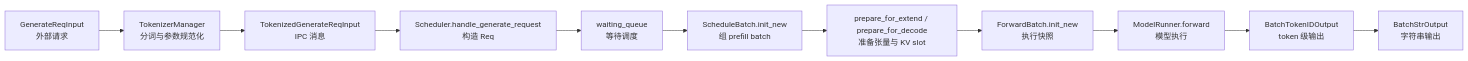
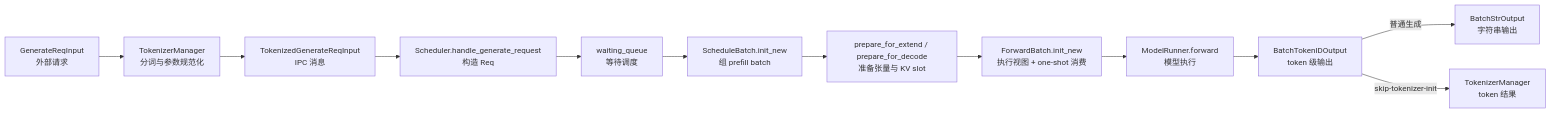
Before and after one commit to OnlyHero5/sglang-reading-vault: the diagram in sglang_reading/请求调度/ScheduleBatch数据结构/SGLang-ScheduleBatch数据结构-源码走读.md, drawn with Mermaid. The commit also changed other lines of this file and 512 other files, not shown here.

````diff
--- a/sglang_reading/请求调度/ScheduleBatch数据结构/SGLang-ScheduleBatch数据结构-源码走读.md
+++ b/sglang_reading/请求调度/ScheduleBatch数据结构/SGLang-ScheduleBatch数据结构-源码走读.md
@@ -40,16 +40,19 @@
 ```mermaid
 flowchart LR
     A["GenerateReqInput<br/>外部请求"]
     B["TokenizerManager<br/>分词与参数规范化"]
     C["TokenizedGenerateReqInput<br/>IPC 消息"]
     D["Scheduler.handle_generate_request<br/>构造 Req"]
     E["waiting_queue<br/>等待调度"]
     F["ScheduleBatch.init_new<br/>组 prefill batch"]
     G["prepare_for_extend / prepare_for_decode<br/>准备张量与 KV slot"]
-    H["ForwardBatch.init_new<br/>执行快照"]
+    H["ForwardBatch.init_new<br/>执行视图 + one-shot 消费"]
     I["ModelRunner.forward<br/>模型执行"]
     J["BatchTokenIDOutput<br/>token 级输出"]
     K["BatchStrOutput<br/>字符串输出"]
+    L["TokenizerManager<br/>token 结果"]
 
-    A --> B --> C --> D --> E --> F --> G --> H --> I --> J --> K
+    A --> B --> C --> D --> E --> F --> G --> H --> I --> J
+    J -->|"普通生成"| K
+    J -->|"skip-tokenizer-init"| L
 ```
````
